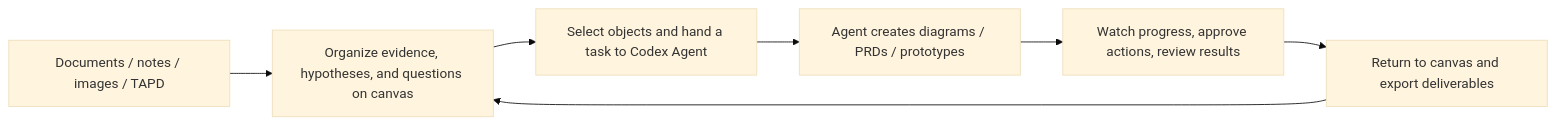
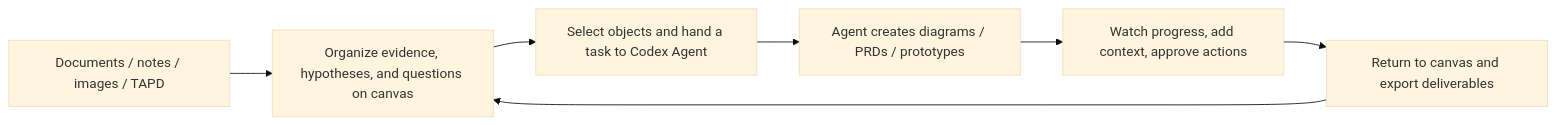
The diagram in README.en.md (suud003/Cowart), drawn with Mermaid (base theme) before and after one commit. The commit also changed other lines of this file and 16 other files, not shown here.

````diff
--- a/README.en.md
+++ b/README.en.md
@@ -42,9 +42,9 @@
 ```mermaid
 flowchart LR
   A["Documents / notes / images / TAPD"] --> B["Organize evidence, hypotheses, and questions on canvas"]
   B --> C["Select objects and hand a task to Codex Agent"]
   C --> D["Agent creates diagrams / PRDs / prototypes"]
-  D --> E["Watch progress, approve actions, review results"]
+  D --> E["Watch progress, add context, approve actions"]
   E --> F["Return to canvas and export deliverables"]
   F --> B
 ```
````
